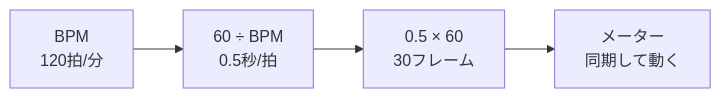
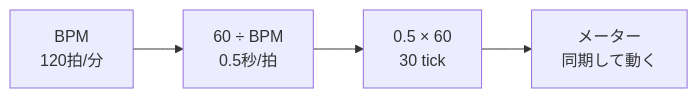
The diagram in docs/diagrams/bpm-timing.ja.mmd (kumagi/EbiShowcase), drawn with Mermaid before and after one commit. The commit also changed 461 other files, not shown here.

```diff
--- a/docs/diagrams/bpm-timing.ja.mmd
+++ b/docs/diagrams/bpm-timing.ja.mmd
@@ -1,8 +1,8 @@
 flowchart LR
   bpm["BPM<br/>120拍/分"]
   seconds["60 ÷ BPM<br/>0.5秒/拍"]
-  frames["0.5 × 60<br/>30フレーム"]
+  frames["0.5 × 60<br/>30 tick"]
   meter["メーター<br/>同期して動く"]
   bpm --> seconds
   seconds --> frames
   frames --> meter
```
